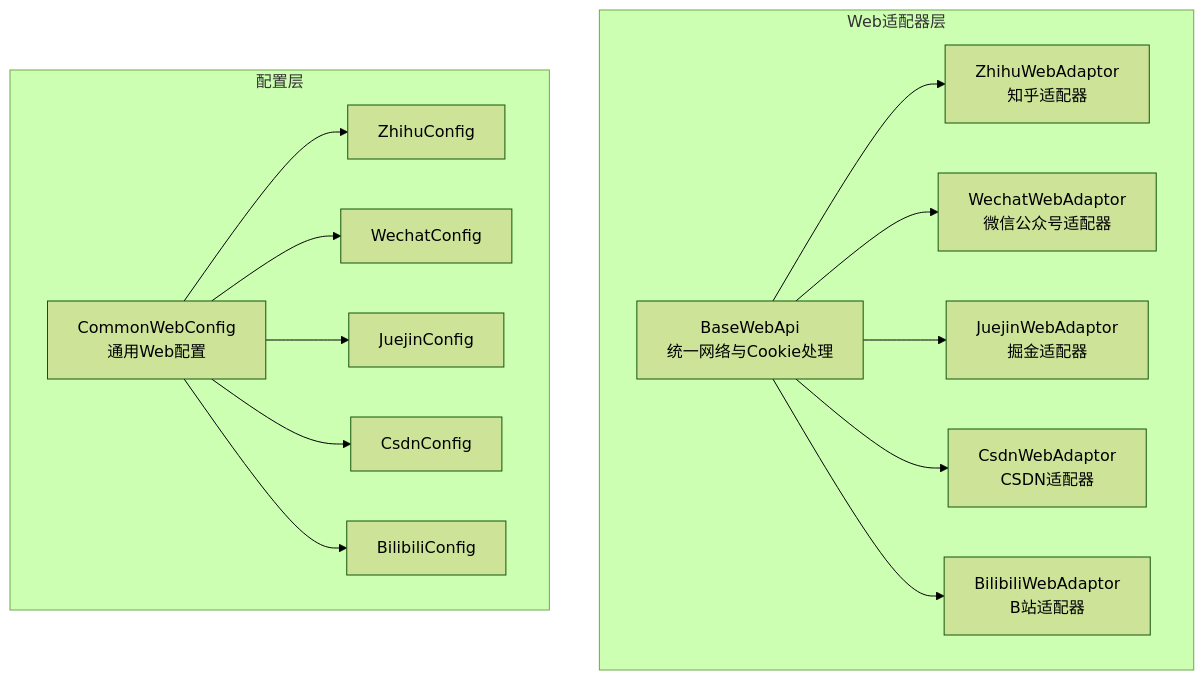
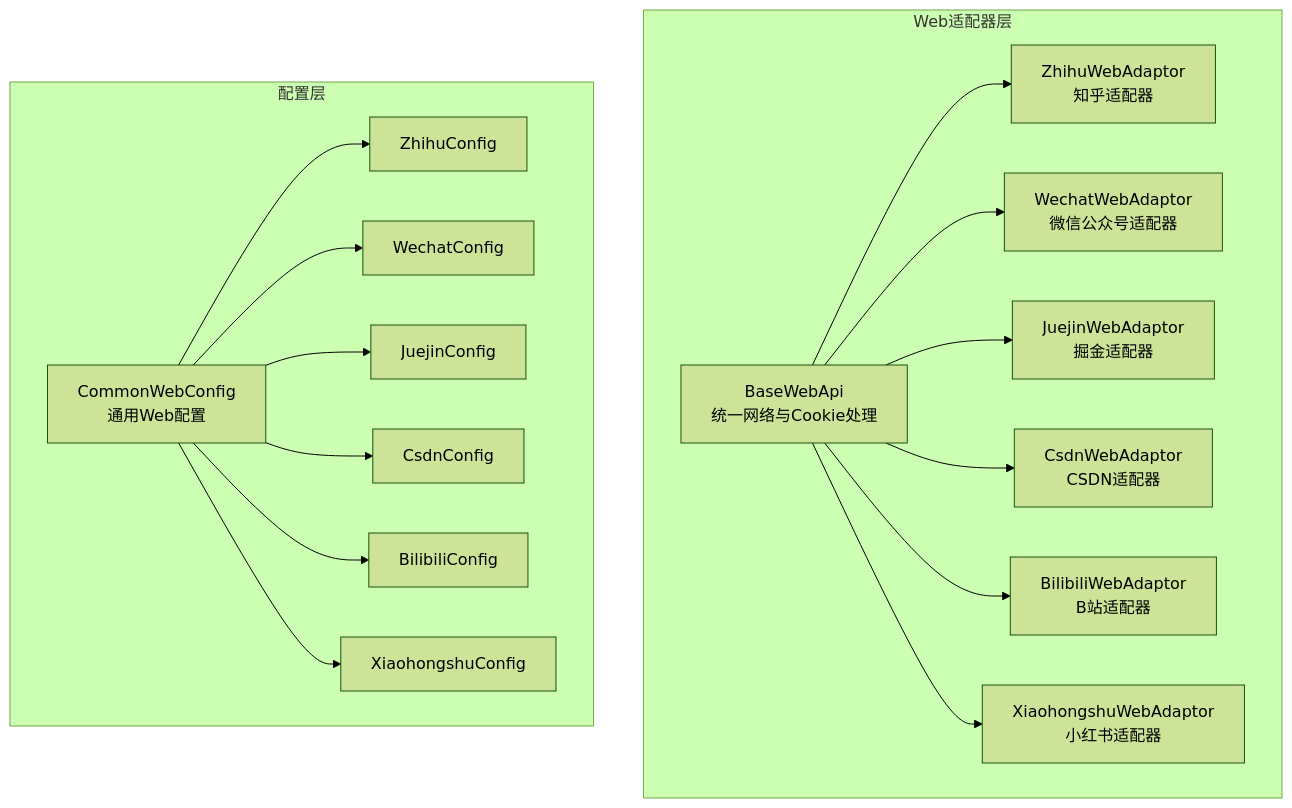
Before and after one commit to terwer/siyuan-plugin-publisher: the first of 7 diagrams in .qoder/repowiki/zh/content/平台适配器系统/Web平台适配器/Web平台适配器.md, drawn with Mermaid (forest theme). The commit also changed other lines of this file and 19 other files, not shown here.

Commit message:
docs: add Chinese docs for platform config and Xiaohongshu web adaptor

````diff
--- a/.qoder/repowiki/zh/content/平台适配器系统/Web平台适配器/Web平台适配器.md
+++ b/.qoder/repowiki/zh/content/平台适配器系统/Web平台适配器/Web平台适配器.md
@@ -41,29 +49,33 @@
 ```mermaid
 graph TB
 subgraph "Web适配器层"
 Base["BaseWebApi<br/>统一网络与Cookie处理"]
 Zhihu["ZhihuWebAdaptor<br/>知乎适配器"]
 Wechat["WechatWebAdaptor<br/>微信公众号适配器"]
 Juejin["JuejinWebAdaptor<br/>掘金适配器"]
 Csdn["CsdnWebAdaptor<br/>CSDN适配器"]
 Bilibili["BilibiliWebAdaptor<br/>B站适配器"]
+Xiaohongshu["XiaohongshuWebAdaptor<br/>小红书适配器"]
 end
 subgraph "配置层"
 CommonCfg["CommonWebConfig<br/>通用Web配置"]
 ZhihuCfg["ZhihuConfig"]
 WechatCfg["WechatConfig"]
 JuejinCfg["JuejinConfig"]
 CsdnCfg["CsdnConfig"]
 BilibiliCfg["BilibiliConfig"]
+XiaohongshuCfg["XiaohongshuConfig"]
 end
 Base --> Zhihu
 Base --> Wechat
 Base --> Juejin
 Base --> Csdn
 Base --> Bilibili
+Base --> Xiaohongshu
 CommonCfg --> ZhihuCfg
 CommonCfg --> WechatCfg
 CommonCfg --> JuejinCfg
 CommonCfg --> CsdnCfg
 CommonCfg --> BilibiliCfg
+CommonCfg --> XiaohongshuCfg
 ```
````
